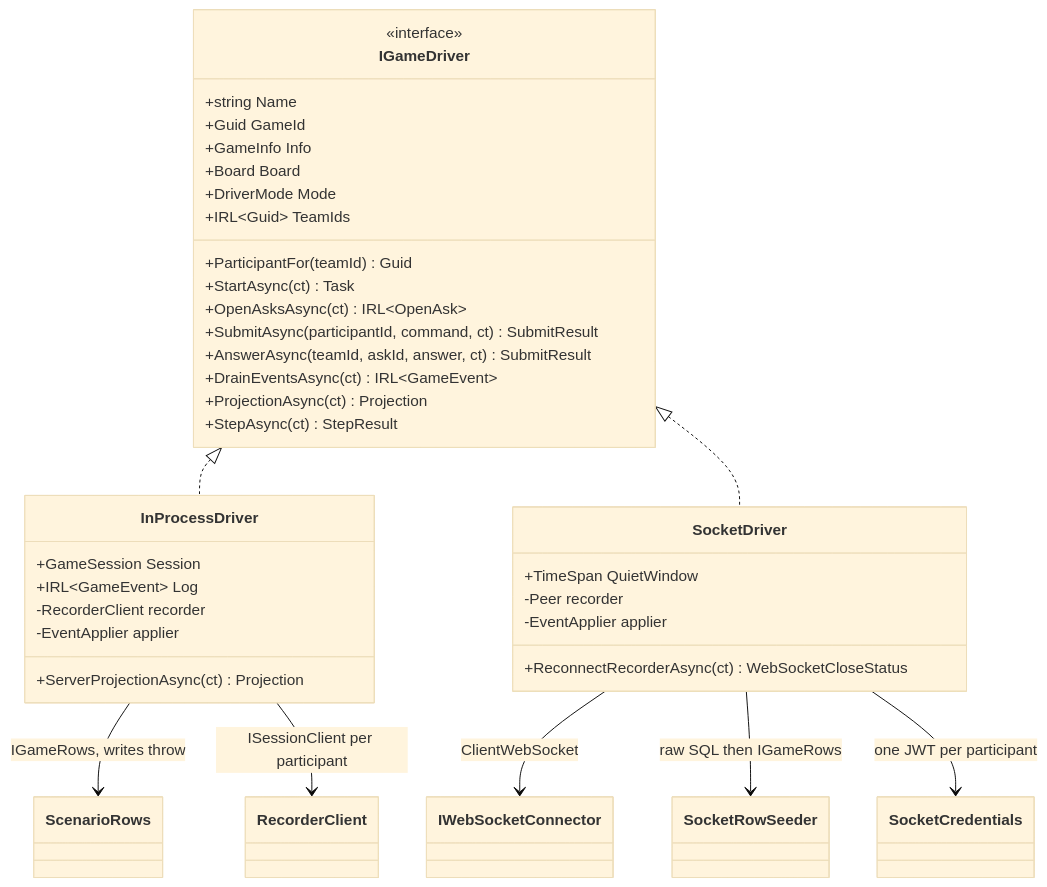
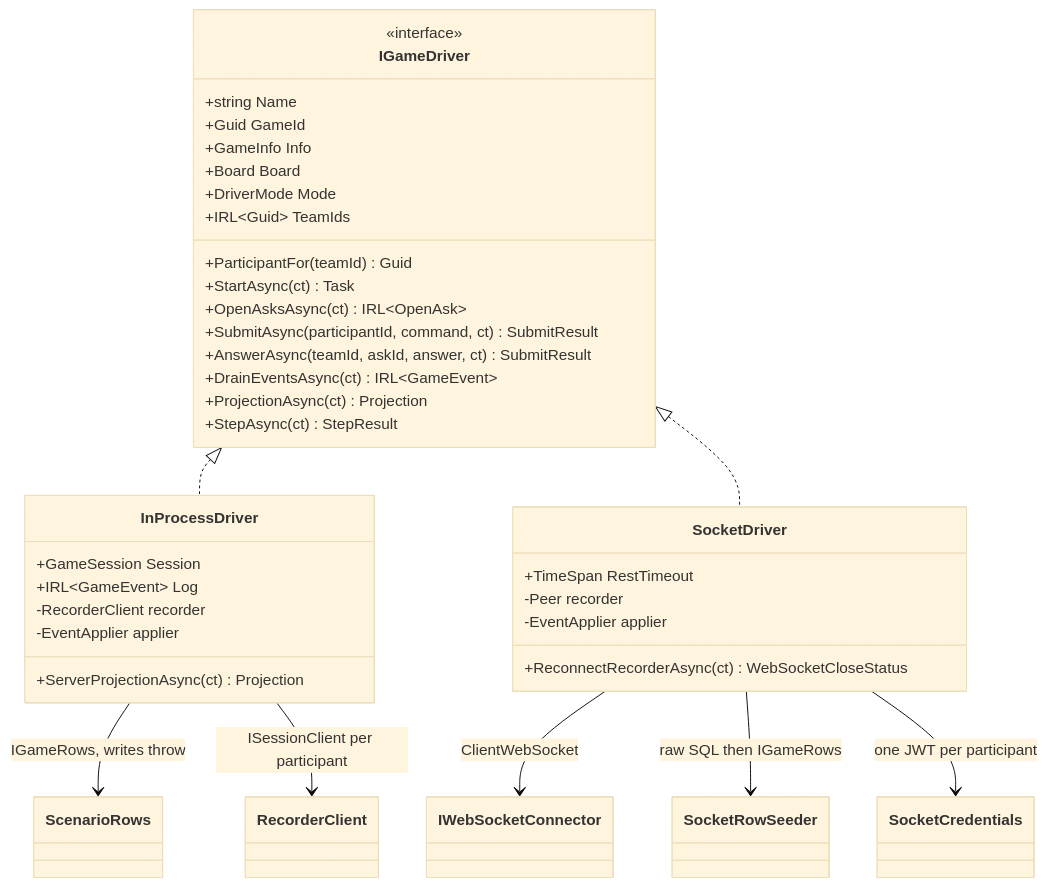
Before and after one commit to cstupi/tabletop: the fourth of 11 diagrams in docs/design/simulation/design.md, drawn with Mermaid (base theme). The commit also changed other lines of this file and 9 other files, not shown here.

````diff
--- a/docs/design/simulation/design.md
+++ b/docs/design/simulation/design.md
@@ -321,40 +322,40 @@
 ```mermaid
 classDiagram
     class IGameDriver {
         <<interface>>
         +string Name
         +Guid GameId
         +GameInfo Info
         +Board Board
         +DriverMode Mode
         +IRL~Guid~ TeamIds
         +ParticipantFor(teamId) Guid
         +StartAsync(ct) Task
         +OpenAsksAsync(ct) IRL~OpenAsk~
         +SubmitAsync(participantId, command, ct) SubmitResult
         +AnswerAsync(teamId, askId, answer, ct) SubmitResult
         +DrainEventsAsync(ct) IRL~GameEvent~
         +ProjectionAsync(ct) Projection
         +StepAsync(ct) StepResult
     }
     class InProcessDriver {
         +GameSession Session
         +IRL~GameEvent~ Log
         +ServerProjectionAsync(ct) Projection
         -RecorderClient recorder
         -EventApplier applier
     }
     class SocketDriver {
-        +TimeSpan QuietWindow
+        +TimeSpan RestTimeout
         +ReconnectRecorderAsync(ct) WebSocketCloseStatus
         -Peer recorder
         -EventApplier applier
     }
     IGameDriver <|.. InProcessDriver
     IGameDriver <|.. SocketDriver
     InProcessDriver --> ScenarioRows : IGameRows, writes throw
     InProcessDriver --> RecorderClient : ISessionClient per participant
     SocketDriver --> IWebSocketConnector : ClientWebSocket
     SocketDriver --> SocketRowSeeder : raw SQL then IGameRows
     SocketDriver --> SocketCredentials : one JWT per participant
 ```
````
